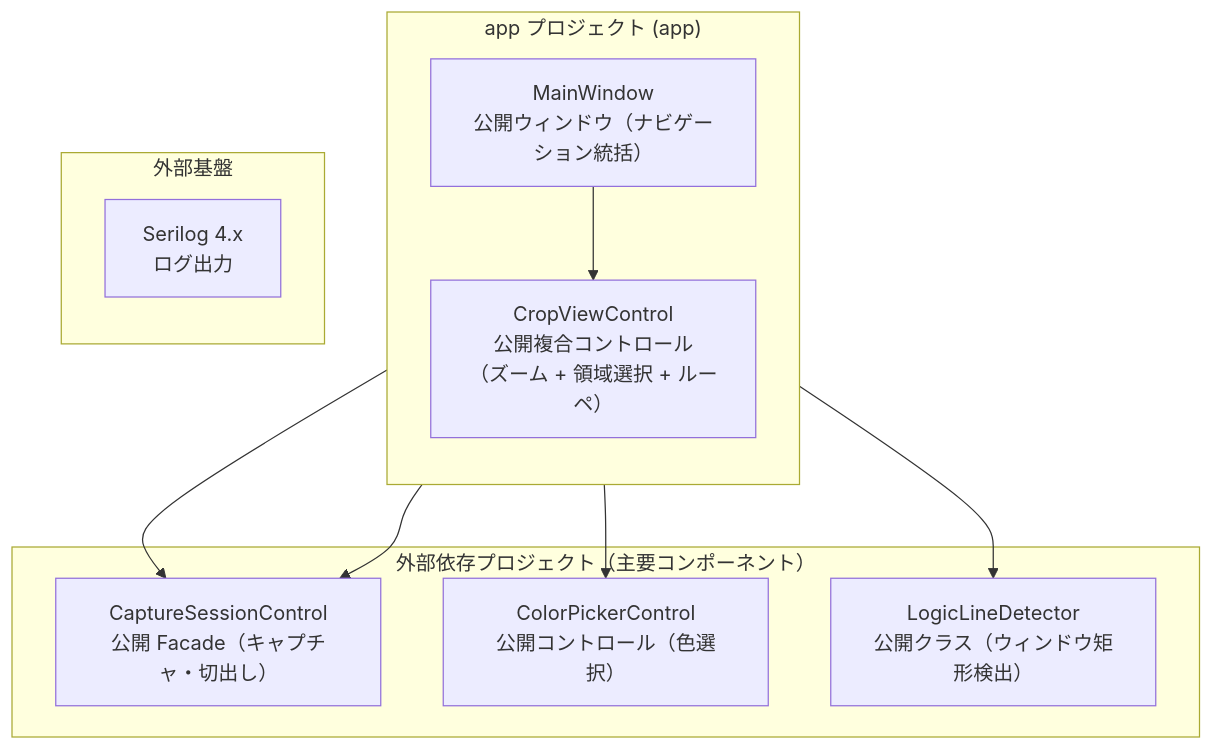
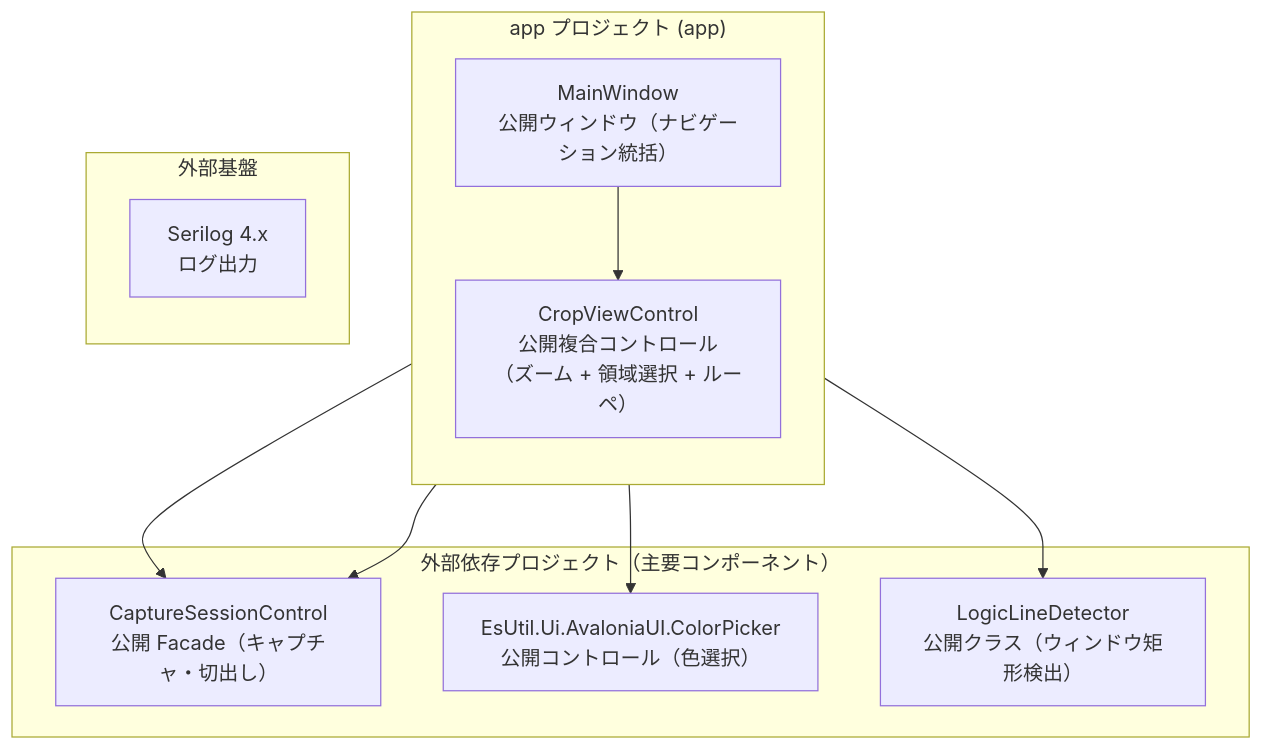
One commit to tomokuni/SaveEvidence changed the first of 2 diagrams in src/App.AvaloniaUI/docs/SPEC_System.md. Above: the diagram before and after it, drawn with Mermaid. The commit also changed other lines of this file and 53 other files, not shown here.

First line of the commit message:
色選択コントロールを EsUtil.Ui.AvaloniaUI.ColorPicker へ移す

````diff
--- a/src/App.AvaloniaUI/docs/SPEC_System.md
+++ b/src/App.AvaloniaUI/docs/SPEC_System.md
@@ -92,23 +92,23 @@
 ```mermaid
 flowchart TB
     subgraph APP["app プロジェクト (app)"]
         direction TB
         Main["MainWindow<br/>公開ウィンドウ（ナビゲーション統括）"]
         CV["CropViewControl<br/>公開複合コントロール<br/>（ズーム + 領域選択 + ルーペ）"]
     end
     subgraph Dep["外部依存プロジェクト（主要コンポーネント）"]
         SN["CaptureSessionControl<br/>公開 Facade（キャプチャ・切出し）"]
-        CPK["ColorPickerControl<br/>公開コントロール（色選択）"]
+        CPK["EsUtil.Ui.AvaloniaUI.ColorPicker<br/>公開コントロール（色選択）"]
         LD["LogicLineDetector<br/>公開クラス（ウィンドウ矩形検出）"]
     end
     subgraph Infra["外部基盤"]
         direction TB
         Serilog["Serilog 4.x<br/>ログ出力"]
     end
 
     Main --> CV
     Main --> SN
     CV --> SN
     Main --> CPK
     Main --> LD
 ```
````
